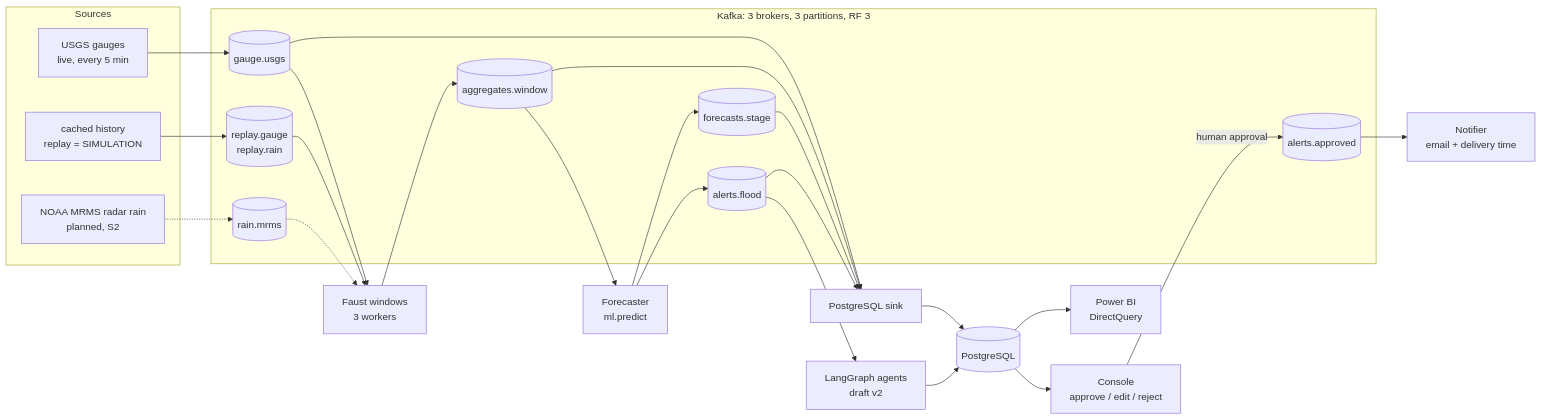
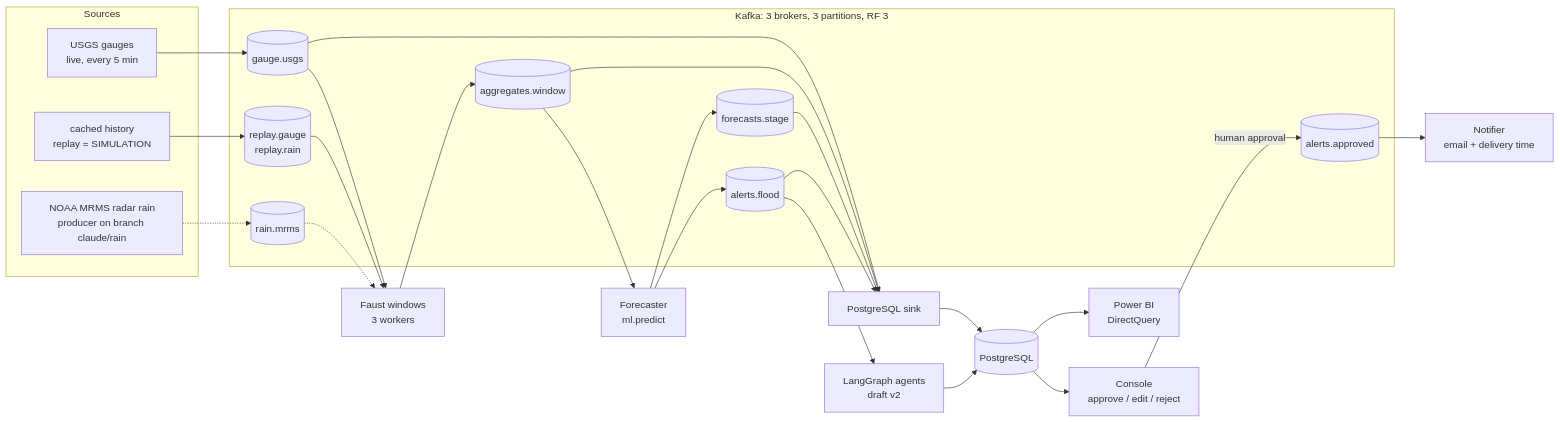
One commit to AmudhanS-05/DEWS changed the diagram in README.md. Above: the diagram before and after it, drawn with Mermaid. The commit also changed other lines of this file and 8 other files, not shown here.

````diff
--- a/README.md
+++ b/README.md
@@ -31,33 +31,33 @@
 ```mermaid
 flowchart LR
   subgraph Sources
     USGS[USGS gauges<br/>live, every 5 min]
-    MRMS[NOAA MRMS radar rain<br/>planned, S2]
+    MRMS[NOAA MRMS radar rain<br/>producer on branch claude/rain]
     HIST[cached history<br/>replay = SIMULATION]
   end
   subgraph Kafka["Kafka: 3 brokers, 3 partitions, RF 3"]
     TG[(gauge.usgs)]
     TR[(rain.mrms)]
     TRP[(replay.gauge<br/>replay.rain)]
     TA[(aggregates.window)]
     TF[(forecasts.stage)]
     TAL[(alerts.flood)]
     TAP[(alerts.approved)]
   end
   USGS --> TG
   MRMS -.-> TR
   HIST --> TRP
   TG --> FA[Faust windows<br/>3 workers]
   TRP --> FA
   TR -.-> FA
   FA --> TA --> FC[Forecaster<br/>ml.predict]
   FC --> TF
   FC --> TAL
   TAL --> AG[LangGraph agents<br/>draft v2]
   TG & TA & TF & TAL --> SK[PostgreSQL sink]
   SK --> PG[(PostgreSQL)]
   AG --> PG
   PG --> CON[Console<br/>approve / edit / reject]
   PG --> BI[Power BI<br/>DirectQuery]
   CON -- human approval --> TAP --> NT[Notifier<br/>email + delivery time]
 ```
````
